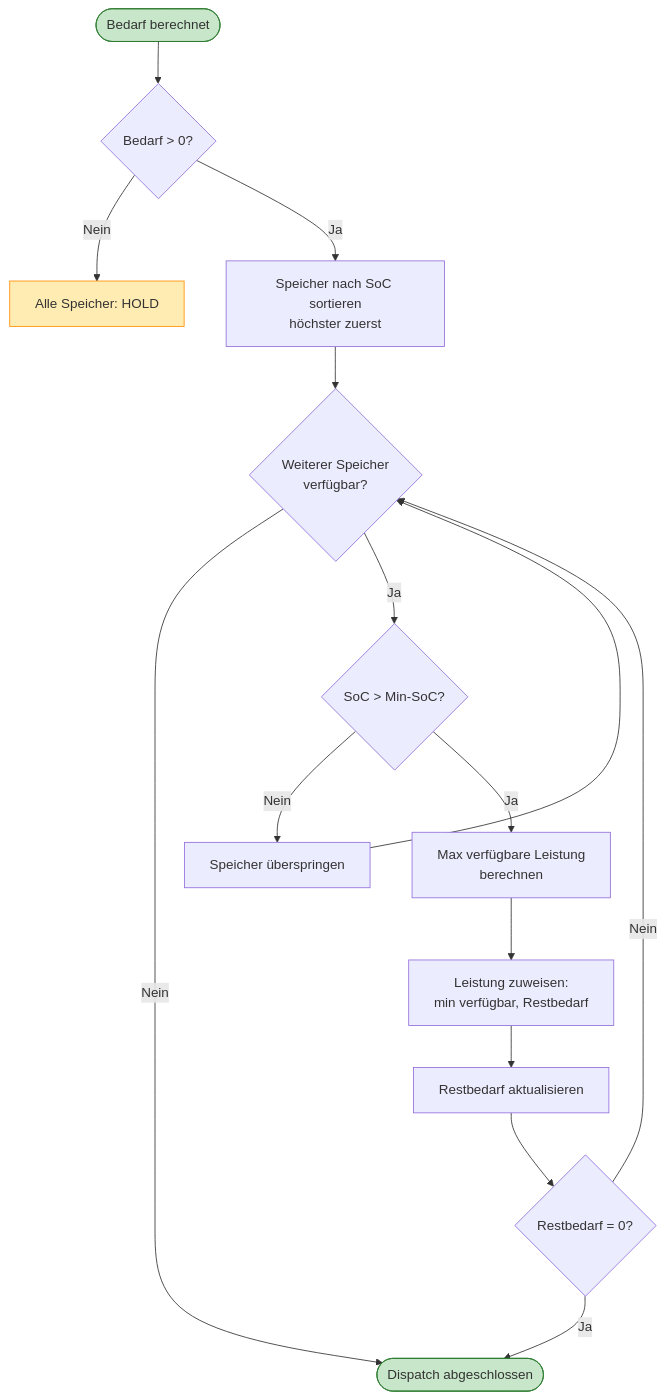
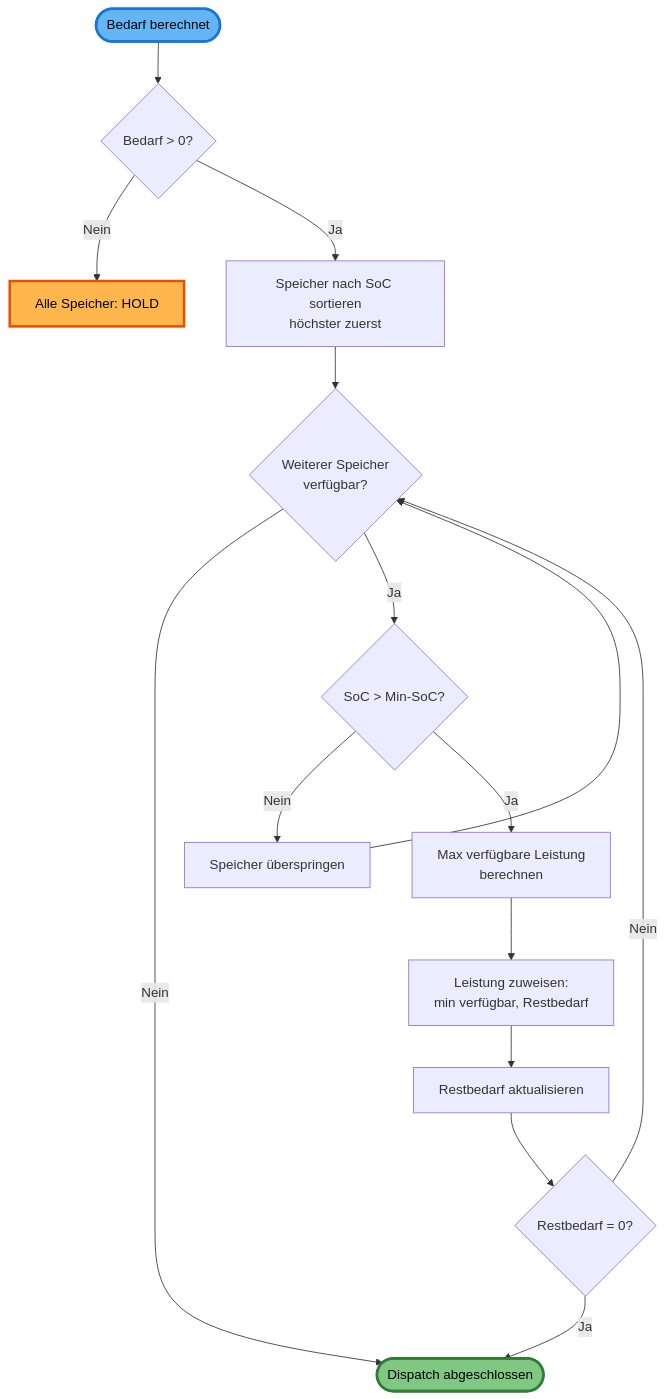
The fifth of 11 diagrams in README.md (cloudguardGmbH/eeg-orchestrator), drawn with Mermaid before and after one commit. The commit also changed other lines of this file, not shown here.

````diff
--- a/README.md
+++ b/README.md
@@ -271,25 +271,25 @@
 ```mermaid
 flowchart TD
     START([Bedarf berechnet]) --> CHECK{Bedarf > 0?}
     CHECK -->|Nein| HOLD[Alle Speicher: HOLD]
     CHECK -->|Ja| SORT[Speicher nach SoC sortieren<br>höchster zuerst]
     
     SORT --> LOOP{Weiterer Speicher<br>verfügbar?}
     LOOP -->|Nein| END([Dispatch abgeschlossen])
     LOOP -->|Ja| CHECKSOC{SoC > Min-SoC?}
     
     CHECKSOC -->|Nein| SKIP[Speicher überspringen]
     SKIP --> LOOP
     
     CHECKSOC -->|Ja| CALC[Max verfügbare Leistung<br>berechnen]
     CALC --> ASSIGN[Leistung zuweisen:<br>min verfügbar, Restbedarf]
     ASSIGN --> UPDATE[Restbedarf aktualisieren]
     UPDATE --> CHECKDONE{Restbedarf = 0?}
     
     CHECKDONE -->|Ja| END
     CHECKDONE -->|Nein| LOOP
     
-    style START fill:#c8e6c9,stroke:#2e7d32
-    style END fill:#c8e6c9,stroke:#2e7d32
-    style HOLD fill:#ffecb3,stroke:#ff8f00
+    style START fill:#64b5f6,stroke:#1976d2,stroke-width:3px,color:#000
+    style END fill:#81c784,stroke:#2e7d32,stroke-width:3px,color:#000
+    style HOLD fill:#ffb74d,stroke:#e65100,stroke-width:3px,color:#000
 ```
````
